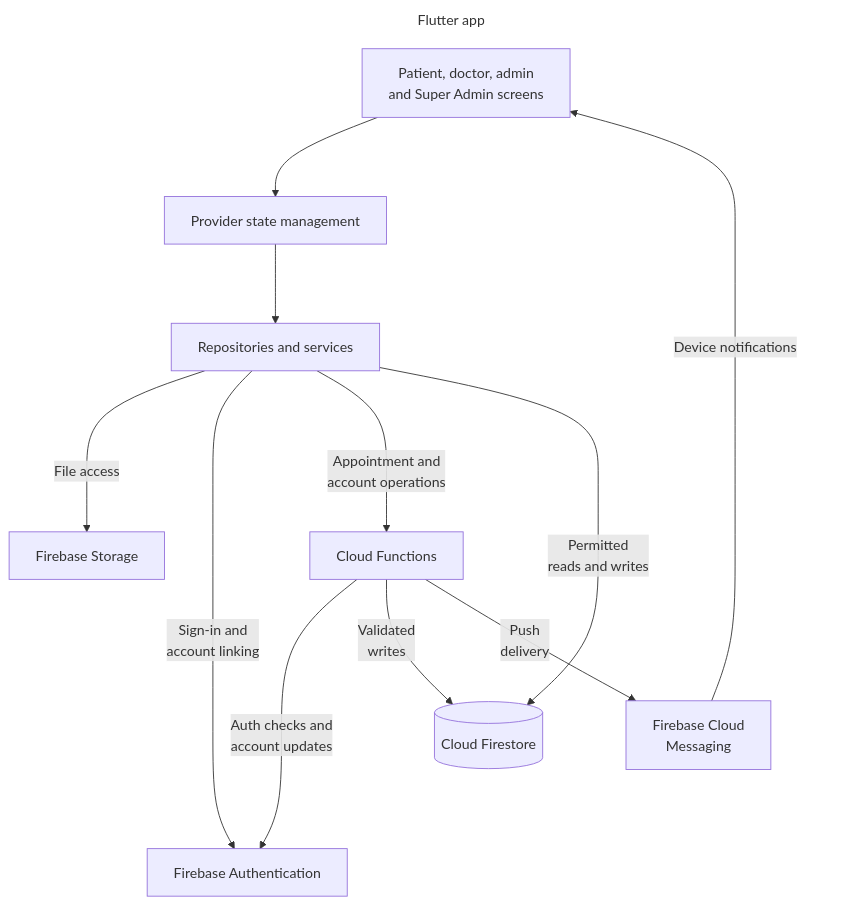
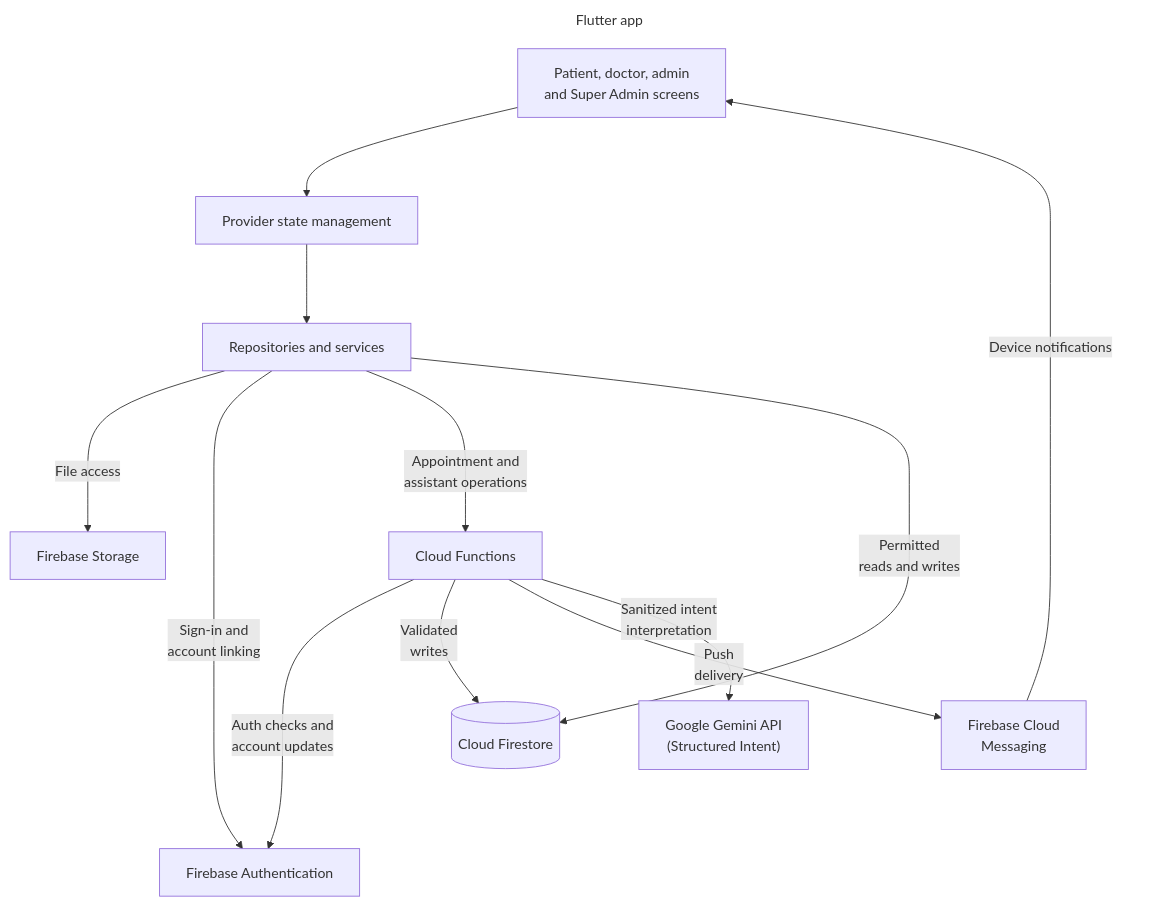
One commit to ELYASDARK/UHC changed the diagram in README.md. Above: the diagram before and after it, drawn with Mermaid. The commit also changed other lines of this file and 23 other files, not shown here.

````diff
--- a/README.md
+++ b/README.md
@@ -155,26 +159,28 @@
 ```mermaid
 %%{init: {"flowchart": {"curve": "basis", "nodeSpacing": 90, "rankSpacing": 90, "diagramPadding": 24}, "themeVariables": {"clusterBkg": "transparent", "clusterBorder": "transparent"}}}%%
 flowchart TB
     subgraph client[Flutter app]
         screens["Patient, doctor, admin<br/>and Super Admin screens"]
         state[Provider state management]
         data[Repositories and services]
         screens --> state --> data
     end
 
     storage[Firebase Storage]
     auth[Firebase Authentication]
     functions[Cloud Functions]
     firestore[(Cloud Firestore)]
     push["Firebase Cloud<br/>Messaging"]
+    gemini["Google Gemini API<br/>(Structured Intent)"]
 
     data -->|File access| storage
     data -->|"Sign-in and<br/>account linking"| auth
-    data -->|"Appointment and<br/>account operations"| functions
+    data -->|"Appointment and<br/>assistant operations"| functions
     data -->|"Permitted<br/>reads and writes"| firestore
     functions --->|"Auth checks and<br/>account updates"| auth
     functions -->|"Validated<br/>writes"| firestore
     functions -->|"Push<br/>delivery"| push
+    functions -->|"Sanitized intent<br/>interpretation"| gemini
     push -->|Device notifications| screens
     style client fill:transparent,stroke:transparent
 ```
````
